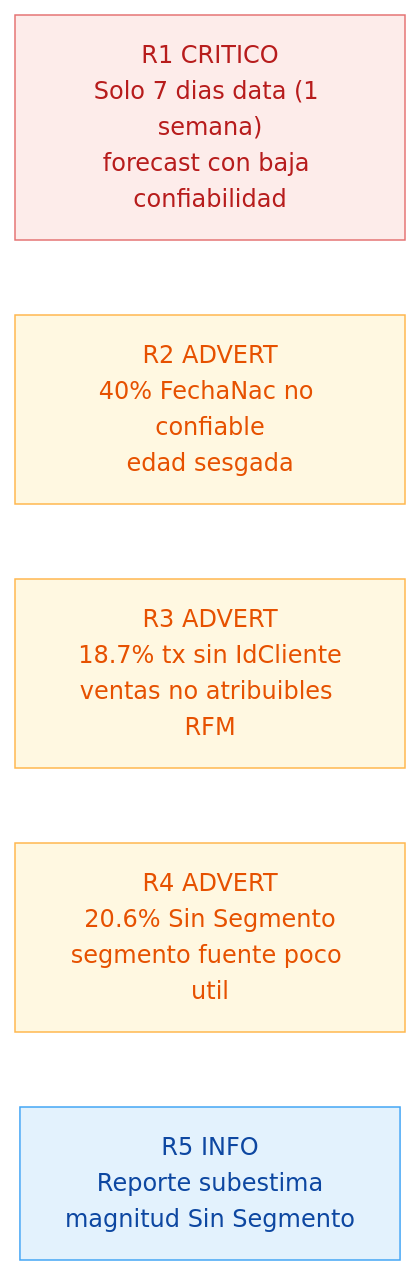
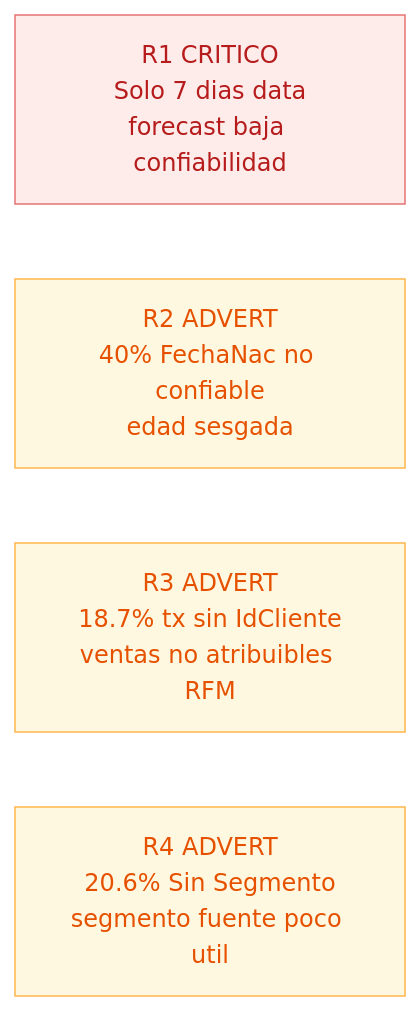
Before and after one commit to dataesteban/analisis_datos: the second of 2 diagrams in PLAN.md, drawn with Mermaid. The commit also changed other lines of this file and 68 other files, not shown here.

````diff
--- a/PLAN.md
+++ b/PLAN.md
@@ -151,14 +113,12 @@
 ```mermaid
 graph LR
-    R1["R1 CRITICO\nSolo 7 dias data (1 semana)\nforecast con baja confiabilidad"]
+    R1["R1 CRITICO\nSolo 7 dias data\nforecast baja confiabilidad"]
     R2["R2 ADVERT\n40% FechaNac no confiable\nedad sesgada"]
     R3["R3 ADVERT\n18.7% tx sin IdCliente\nventas no atribuibles RFM"]
     R4["R4 ADVERT\n20.6% Sin Segmento\nsegmento fuente poco util"]
-    R5["R5 INFO\nReporte subestima\nmagnitud Sin Segmento"]
 
     style R1 fill:#FDECEA,stroke:#E57373,color:#B71C1C
     style R2 fill:#FFF8E1,stroke:#FFB74D,color:#E65100
     style R3 fill:#FFF8E1,stroke:#FFB74D,color:#E65100
     style R4 fill:#FFF8E1,stroke:#FFB74D,color:#E65100
-    style R5 fill:#E3F2FD,stroke:#42A5F5,color:#0D47A1
 ```
````
